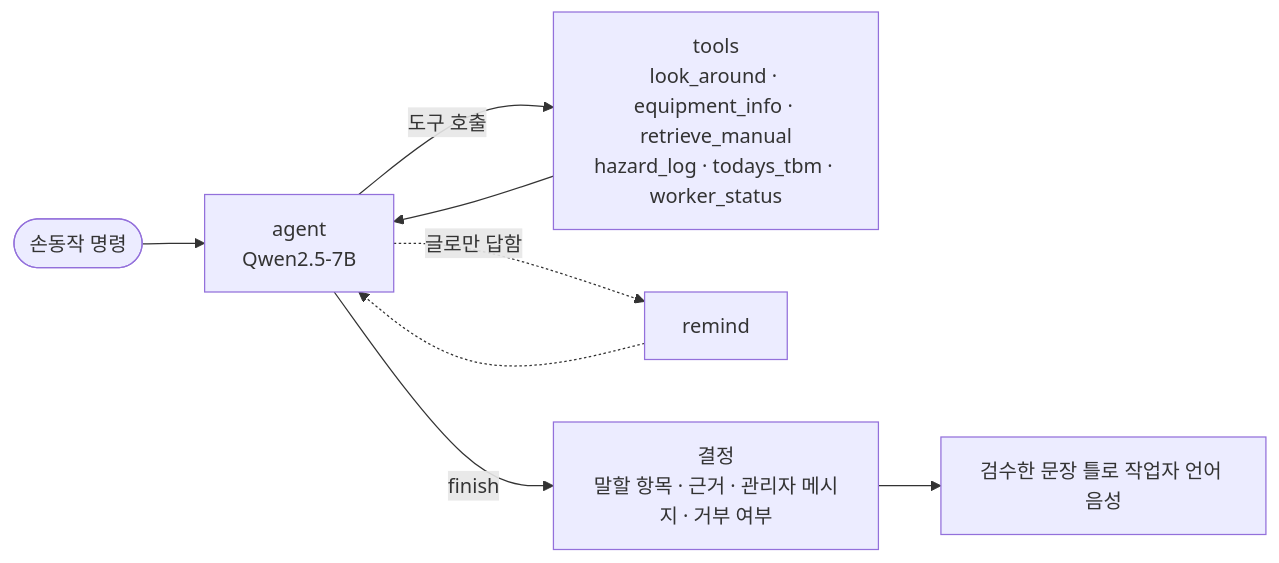
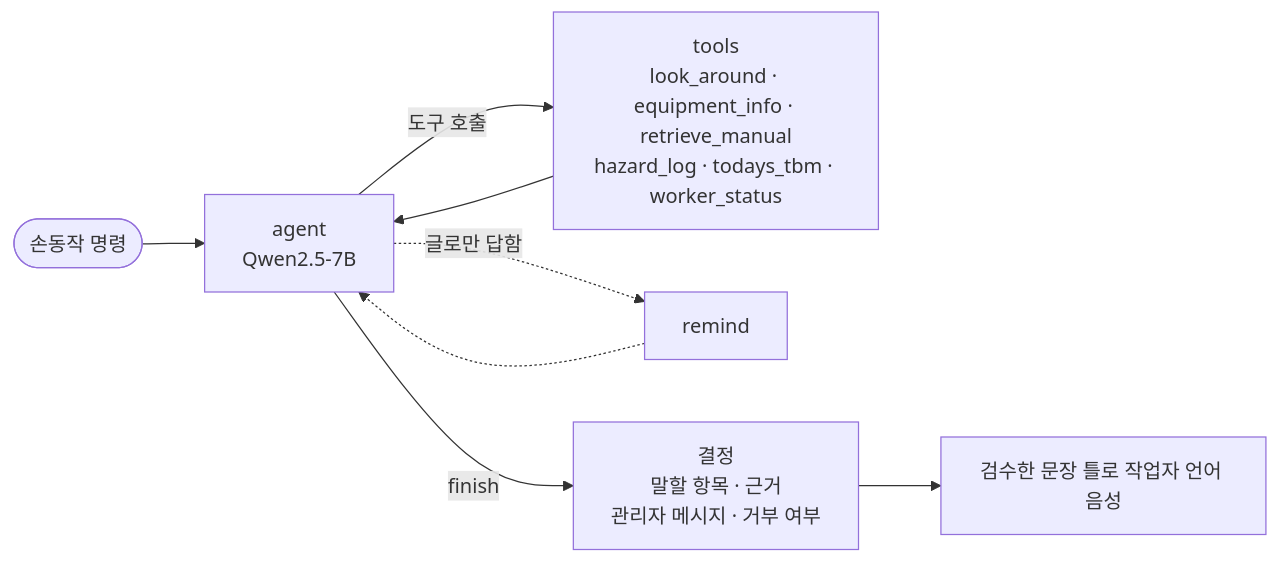
The diagram in README.md (HardLeona/factory-safety-isaac), drawn with Mermaid before and after one commit. The commit also changed other lines of this file and 3 other files, not shown here.

First line of the commit message:
README 간결하게 정리 + 구조도·흐름도 글자 깨짐과 넘침 수정

````diff
--- a/README.md
+++ b/README.md
@@ -120,9 +132,9 @@
-  ```mermaid
-  flowchart LR
-    S([손동작 명령]) --> A[agent<br/>Qwen2.5-7B]
-    A -- 도구 호출 --> T[tools<br/>look_around · equipment_info · retrieve_manual<br/>hazard_log · todays_tbm · worker_status]
-    T --> A
-    A -. 글로만 답함 .-> M[remind] -.-> A
-    A -- finish --> R[결정<br/>말할 항목 · 근거 · 관리자 메시지 · 거부 여부]
-    R --> V[검수한 문장 틀로 작업자 언어 음성]
-  ```
+```mermaid
+flowchart LR
+  S([손동작 명령]) --> A[agent<br/>Qwen2.5-7B]
+  A -- 도구 호출 --> T[tools<br/>look_around · equipment_info · retrieve_manual<br/>hazard_log · todays_tbm · worker_status]
+  T --> A
+  A -. 글로만 답함 .-> M[remind] -.-> A
+  A -- finish --> R[결정<br/>말할 항목 · 근거<br/>관리자 메시지 · 거부 여부]
+  R --> V[검수한 문장 틀로 작업자 언어 음성]
+```
````
